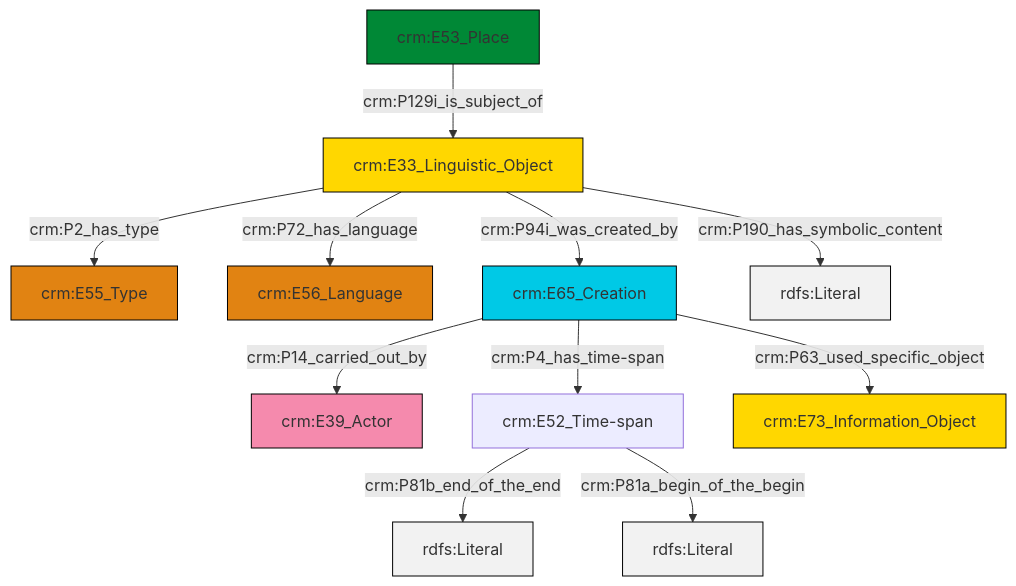
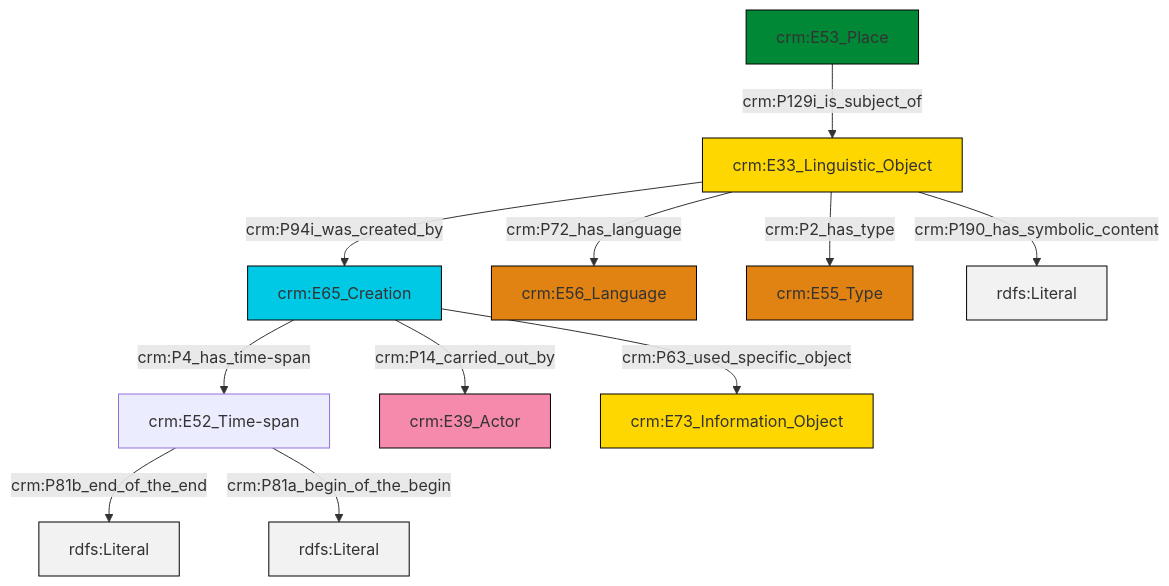
One commit to swiss-art-research-net/docs.swissartresearch changed the diagram in et/placeCSV/ttl/mmd/place_description.ttl.mmd. Above: the diagram before and after it, drawn with Mermaid. The commit also changed 178 other files, not shown here.

```diff
--- a/et/placeCSV/ttl/mmd/place_description.ttl.mmd
+++ b/et/placeCSV/ttl/mmd/place_description.ttl.mmd
@@ -1,25 +1,25 @@
 graph TD
 classDef Literal fill:#f2f2f2,stroke:#000000;
 classDef CRM_Entity fill:#FFFFFF,stroke:#000000;
 classDef Temporal_Entity fill:#00C9E6, stroke:#000000;
 classDef Type fill:#E18312, stroke:#000000;
 classDef Time-Span fill:#2C9C91, stroke:#000000;
 classDef Appellation fill:#FFEB7F, stroke:#000000;
 classDef Place fill:#008836, stroke:#000000;
 classDef Persistent_Item fill:#B266B2, stroke:#000000;
 classDef Conceptual_Object fill:#FFD700, stroke:#000000;
 classDef Physical_Thing fill:#D2B48C, stroke:#000000;
 classDef Actor fill:#f58aad, stroke:#000000;
 classDef PC_Classes fill:#4ce600, stroke:#000000;
 classDef Multi fill:#cccccc,stroke:#000000;
 
-2["crm:E33_Linguistic_Object"]:::Conceptual_Object -->|crm:P2_has_type| 3["crm:E55_Type"]:::Type
-6["crm:E65_Creation"]:::Temporal_Entity -->|crm:P4_has_time-span| 7["crm:E52_Time-span"]:::Default
-2["crm:E33_Linguistic_Object"]:::Conceptual_Object -->|crm:P94i_was_created_by| 6["crm:E65_Creation"]:::Temporal_Entity
-2["crm:E33_Linguistic_Object"]:::Conceptual_Object -->|crm:P190_has_symbolic_content| 9[rdfs:Literal]:::Literal
-6["crm:E65_Creation"]:::Temporal_Entity -->|crm:P14_carried_out_by| 0["crm:E39_Actor"]:::Actor
-7["crm:E52_Time-span"]:::Default -->|crm:P81b_end_of_the_end| 12[rdfs:Literal]:::Literal
-13["crm:E53_Place"]:::Place -->|crm:P129i_is_subject_of| 2["crm:E33_Linguistic_Object"]:::Conceptual_Object
-6["crm:E65_Creation"]:::Temporal_Entity -->|crm:P63_used_specific_object| 14["crm:E73_Information_Object"]:::Conceptual_Object
-2["crm:E33_Linguistic_Object"]:::Conceptual_Object -->|crm:P72_has_language| 4["crm:E56_Language"]:::Type
-7["crm:E52_Time-span"]:::Default -->|crm:P81a_begin_of_the_begin| 15[rdfs:Literal]:::Literal
+0["crm:E65_Creation"]:::Temporal_Entity -->|crm:P4_has_time-span| 2["crm:E52_Time-span"]:::Default
+2["crm:E52_Time-span"]:::Default -->|crm:P81b_end_of_the_end| 5[rdfs:Literal]:::Literal
+6["crm:E33_Linguistic_Object"]:::Conceptual_Object -->|crm:P94i_was_created_by| 0["crm:E65_Creation"]:::Temporal_Entity
+0["crm:E65_Creation"]:::Temporal_Entity -->|crm:P14_carried_out_by| 7["crm:E39_Actor"]:::Actor
+6["crm:E33_Linguistic_Object"]:::Conceptual_Object -->|crm:P72_has_language| 3["crm:E56_Language"]:::Type
+0["crm:E65_Creation"]:::Temporal_Entity -->|crm:P63_used_specific_object| 11["crm:E73_Information_Object"]:::Conceptual_Object
+2["crm:E52_Time-span"]:::Default -->|crm:P81a_begin_of_the_begin| 12[rdfs:Literal]:::Literal
+6["crm:E33_Linguistic_Object"]:::Conceptual_Object -->|crm:P2_has_type| 13["crm:E55_Type"]:::Type
+6["crm:E33_Linguistic_Object"]:::Conceptual_Object -->|crm:P190_has_symbolic_content| 15[rdfs:Literal]:::Literal
+8["crm:E53_Place"]:::Place -->|crm:P129i_is_subject_of| 6["crm:E33_Linguistic_Object"]:::Conceptual_Object
```
